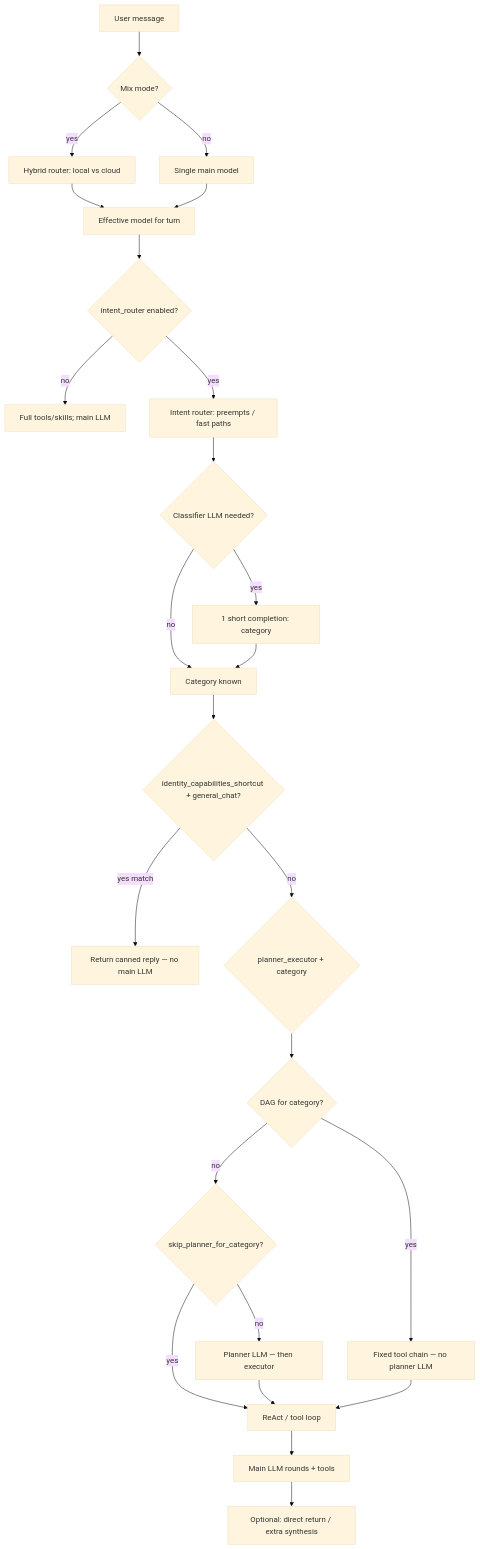
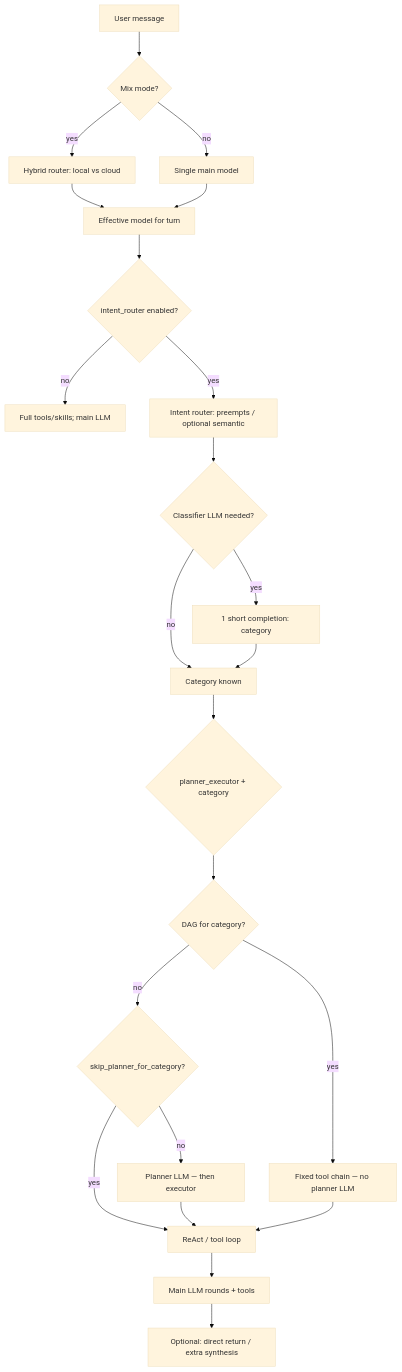
Before and after one commit to allenpeng0705/HomeClaw: the diagram in docs/intent_router_flow.md, drawn with Mermaid (base theme). The commit also changed other lines of this file and 74 other files, not shown here.

````diff
--- a/docs/intent_router_flow.md
+++ b/docs/intent_router_flow.md
@@ -11,27 +11,25 @@
 ```mermaid
 flowchart TD
   A[User message] --> B{Mix mode?}
   B -->|yes| C[Hybrid router: local vs cloud]
   B -->|no| D[Single main model]
   C --> D2[Effective model for turn]
   D --> D2
   D2 --> E{intent_router enabled?}
   E -->|no| H[Full tools/skills; main LLM]
-  E -->|yes| F[Intent router: preempts / fast paths]
+  E -->|yes| F[Intent router: preempts / optional semantic]
   F --> G{Classifier LLM needed?}
   G -->|no| I[Category known]
   G -->|yes| J[1 short completion: category]
   J --> I
-  I --> K{identity_capabilities_shortcut + general_chat?}
-  K -->|yes match| L[Return canned reply — no main LLM]
-  K -->|no| M{planner_executor + category}
+  I --> M{planner_executor + category}
   M --> N{DAG for category?}
   N -->|yes| O[Fixed tool chain — no planner LLM]
   N -->|no| P{skip_planner_for_category?}
   P -->|yes| Q[ReAct / tool loop]
   P -->|no| R[Planner LLM — then executor]
   R --> Q
   O --> Q
   Q --> S[Main LLM rounds + tools]
   S --> T[Optional: direct return / extra synthesis]
 ```
````
